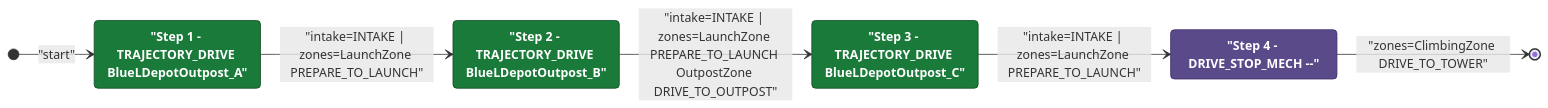
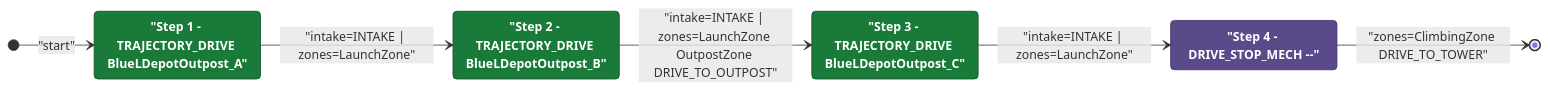
The diagram in documents/auton/BlueTDepLaunch0DepOutScoreClimb.md (Team302/2026Rebuilt), drawn with Mermaid before and after one commit. The commit also changed other lines of this file and 131 other files, not shown here.

First line of the commit message:
docs(auton): regenerate Mermaid diagrams [skip ci]

````diff
--- a/documents/auton/BlueTDepLaunch0DepOutScoreClimb.md
+++ b/documents/auton/BlueTDepLaunch0DepOutScoreClimb.md
@@ -8,24 +8,24 @@
 ```mermaid
 stateDiagram-v2
     direction LR
 
     %% Green = intake active, Purple = intake off
     classDef intake  fill:#1a7a3a,color:#ffffff,stroke:#0d4a1f,font-weight:bold
     classDef noIntake fill:#5a4a8a,color:#ffffff,stroke:#3a2a6a,font-weight:bold
 
     Step1 : "Step 1 - TRAJECTORY_DRIVE BlueLDepotOutpost_A"
     Step2 : "Step 2 - TRAJECTORY_DRIVE BlueLDepotOutpost_B"
     Step3 : "Step 3 - TRAJECTORY_DRIVE BlueLDepotOutpost_C"
     Step4 : "Step 4 - DRIVE_STOP_MECH --"
 
     class Step1 intake
     class Step2 intake
     class Step3 intake
     class Step4 noIntake
 
     [*] --> Step1 : "start"
-    Step1 --> Step2: "intake=INTAKE | zones=LaunchZone PREPARE_TO_LAUNCH"
-    Step2 --> Step3: "intake=INTAKE | zones=LaunchZone PREPARE_TO_LAUNCH OutpostZone DRIVE_TO_OUTPOST"
-    Step3 --> Step4: "intake=INTAKE | zones=LaunchZone PREPARE_TO_LAUNCH"
+    Step1 --> Step2: "intake=INTAKE | zones=LaunchZone"
+    Step2 --> Step3: "intake=INTAKE | zones=LaunchZone OutpostZone DRIVE_TO_OUTPOST"
+    Step3 --> Step4: "intake=INTAKE | zones=LaunchZone"
     Step4 --> [*]: "zones=ClimbingZone DRIVE_TO_TOWER"
 ```
````
